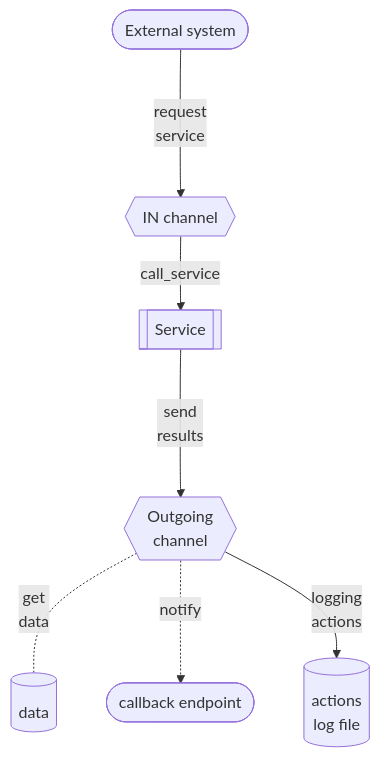
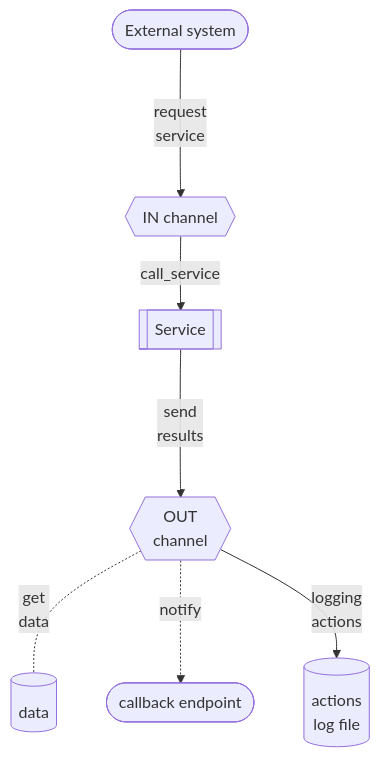
One commit to petre-renware/arint changed the diagram in doc_src/810-DSGN/130.02-Overview.md. Above: the diagram before and after it, drawn with Mermaid.

````diff
--- a/doc_src/810-DSGN/130.02-Overview.md
+++ b/doc_src/810-DSGN/130.02-Overview.md
@@ -24,19 +24,19 @@
 ``` mermaid
 graph TD
     SRV[[Service]]
     EXT([External system])
     INCH{{IN channel}}
     DTB[(data)]
-    OUTCH{{Outgoing \n channel}}
+    OUTCH{{OUT \n channel}}
     CALLBCK([callback endpoint])
     LOGFILE[(actions \n log file)]
     
     EXT --->|request \n service| INCH
     INCH --> |call_service| SRV
     SRV --->|send \n results| OUTCH
     
     OUTCH -.- |get \n data| DTB
     OUTCH -.-> |notify| CALLBCK
     OUTCH --> |logging \n actions| LOGFILE
 
 ```
````
